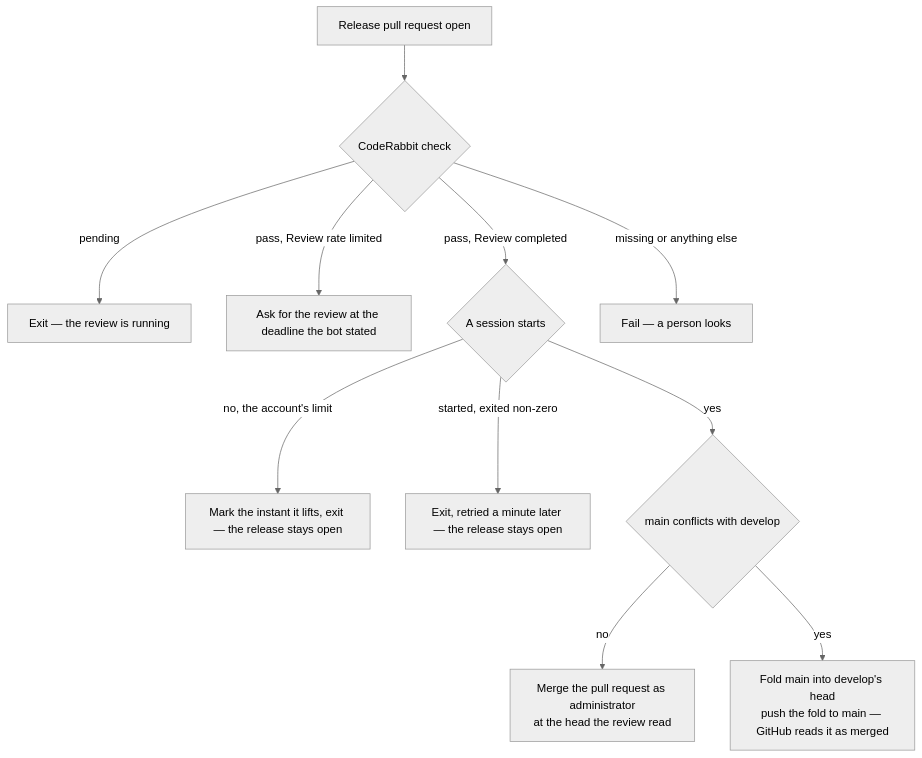
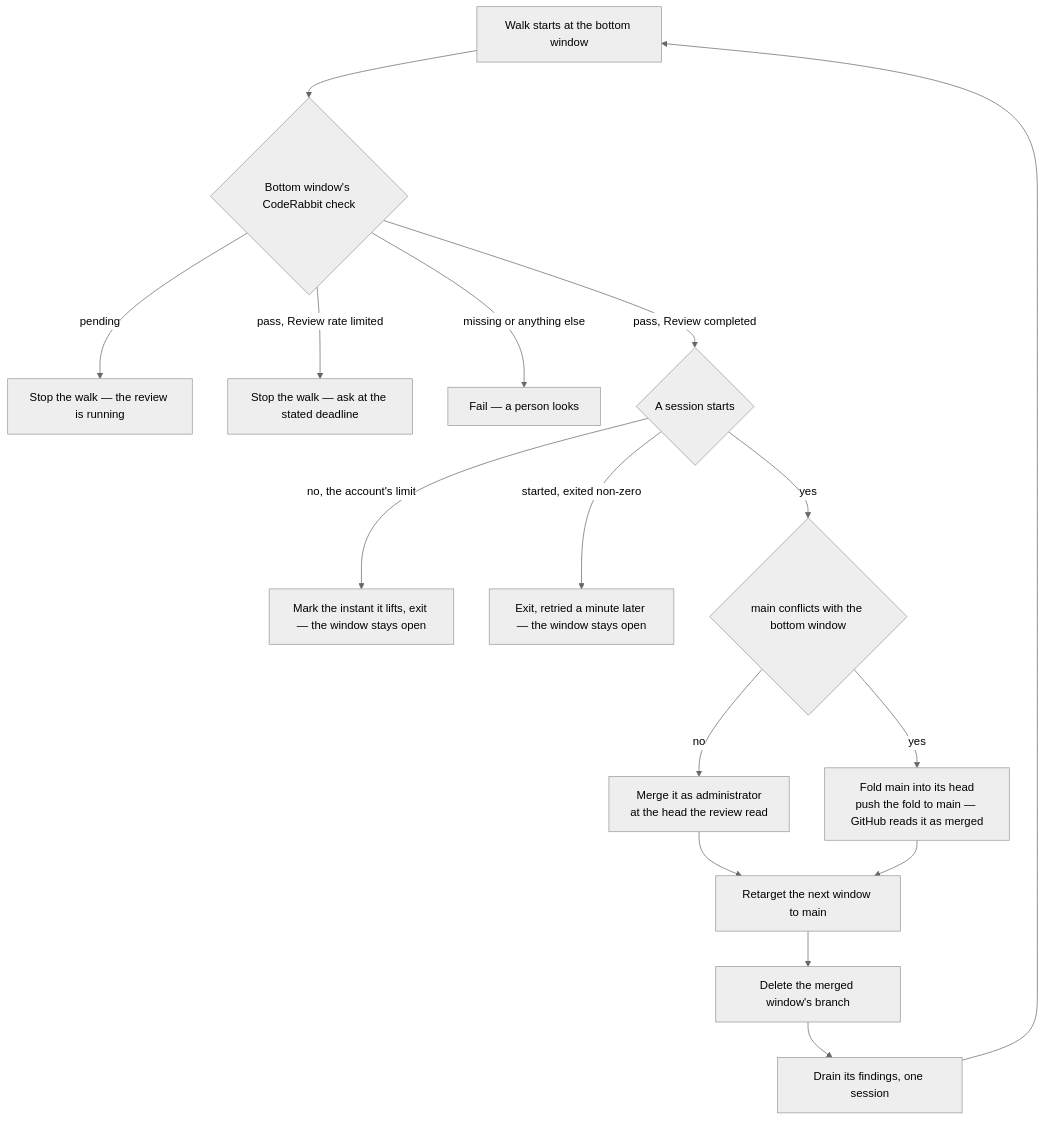
One commit to Esposter/Esposter changed the first of 3 diagrams in apps/web/content/docs/infra/review-collector/collection-cycle.md. Above: the diagram before and after it, drawn with Mermaid (neutral theme). The commit also changed other lines of this file and 10 other files, not shown here.

First line of the commit message:
docs(collector): the windows stack as review/<n> pull requests merged bottom up, with the stacking guard and the drain's foreground haiku fixers

````diff
--- a/apps/web/content/docs/infra/review-collector/collection-cycle.md
+++ b/apps/web/content/docs/infra/review-collector/collection-cycle.md
@@ -41,13 +44,16 @@
 ```mermaid
 flowchart TD
-  S[Release pull request open] --> ST{CodeRabbit check}
-  ST -->|pending| X1[Exit — the review is running]
-  ST -->|pass, Review rate limited| RL[Ask for the review at the deadline the bot stated]
+  S[Walk starts at the bottom window] --> ST{Bottom window's CodeRabbit check}
+  ST -->|pending| X1[Stop the walk — the review is running]
+  ST -->|pass, Review rate limited| RL[Stop the walk — ask at the stated deadline]
+  ST -->|missing or anything else| X2[Fail — a person looks]
   ST -->|pass, Review completed| PB{A session starts}
-  ST -->|missing or anything else| X2[Fail — a person looks]
-  PB -->|no, the account's limit| X3[Mark the instant it lifts, exit — the release stays open]
-  PB -->|started, exited non-zero| X4[Exit, retried a minute later — the release stays open]
-  PB -->|yes| FC{main conflicts with develop}
-  FC -->|no| MG[Merge the pull request as administrator<br/>at the head the review read]
-  FC -->|yes| FR[Fold main into develop's head<br/>push the fold to main — GitHub reads it as merged]
+  PB -->|no, the account's limit| X3[Mark the instant it lifts, exit — the window stays open]
+  PB -->|started, exited non-zero| X4[Exit, retried a minute later — the window stays open]
+  PB -->|yes| FC{main conflicts with the bottom window}
+  FC -->|no| MG[Merge it as administrator<br/>at the head the review read]
+  FC -->|yes| FR[Fold main into its head<br/>push the fold to main — GitHub reads it as merged]
+  MG --> RT[Retarget the next window to main]
+  FR --> RT
+  RT --> DL[Delete the merged window's branch] --> DR[Drain its findings, one session] --> S
 ```
````
